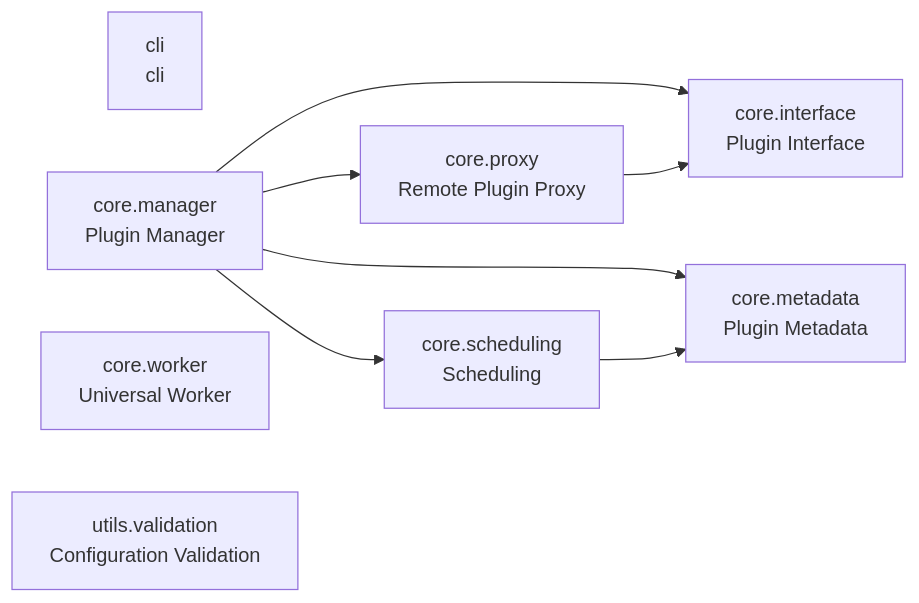
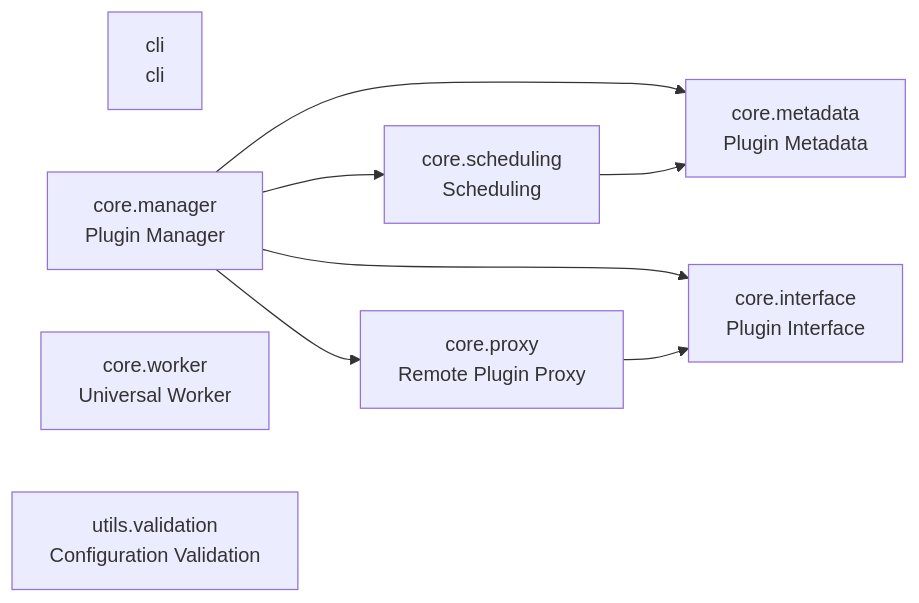
The diagram in README.md (cj-mills/cjm-plugin-system), drawn with Mermaid before and after one commit. The commit also changed other lines of this file and 6 other files, not shown here.

````diff
--- a/README.md
+++ b/README.md
@@ -30,18 +30,18 @@
 ``` mermaid
 graph LR
     cli[cli<br/>cli]
     core_interface[core.interface<br/>Plugin Interface]
     core_manager[core.manager<br/>Plugin Manager]
     core_metadata[core.metadata<br/>Plugin Metadata]
     core_proxy[core.proxy<br/>Remote Plugin Proxy]
     core_scheduling[core.scheduling<br/>Scheduling]
     core_worker[core.worker<br/>Universal Worker]
     utils_validation[utils.validation<br/>Configuration Validation]
 
-    core_manager --> core_proxy
+    core_manager --> core_scheduling
     core_manager --> core_metadata
     core_manager --> core_interface
-    core_manager --> core_scheduling
+    core_manager --> core_proxy
     core_proxy --> core_interface
     core_scheduling --> core_metadata
 ```
````
